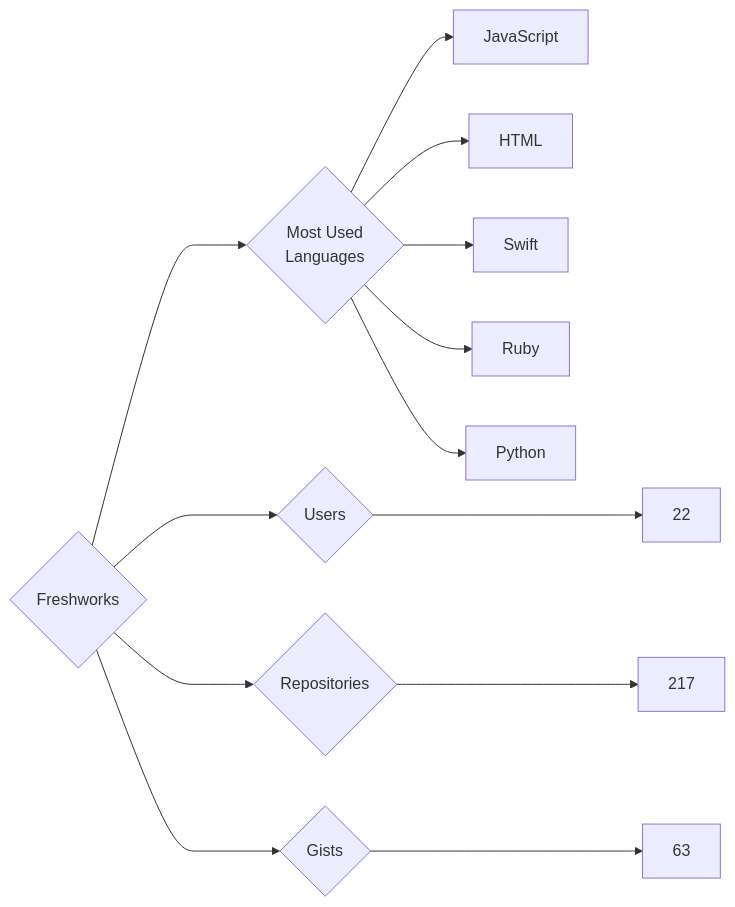
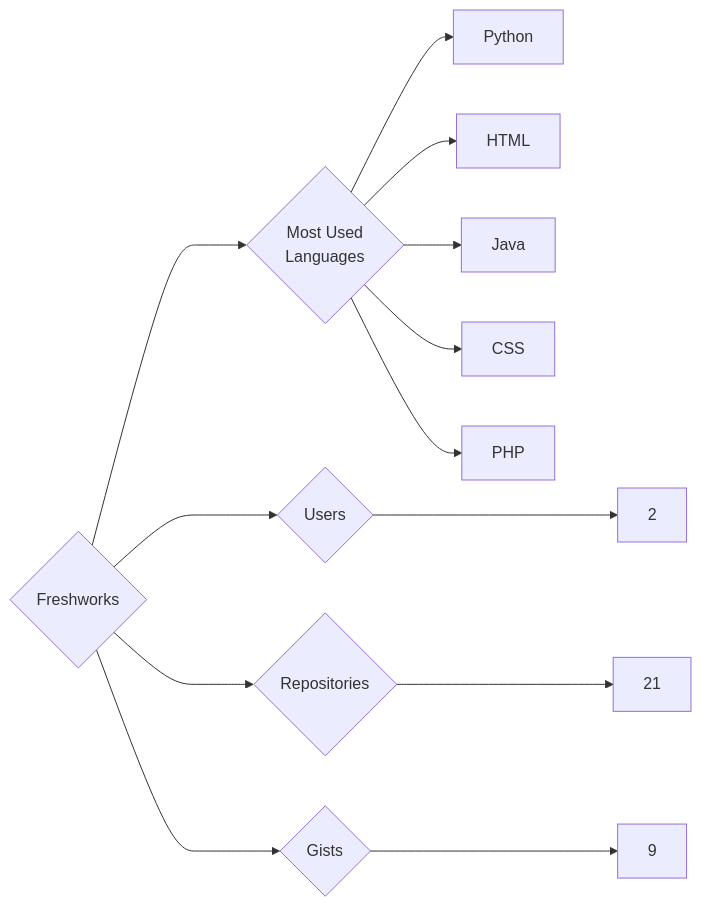
One commit to trickest/insiders changed the diagram in targets/Freshworks/README.md. Above: the diagram before and after it, drawn with Mermaid. The commit also changed 679 other files, not shown here.

````diff
--- a/targets/Freshworks/README.md
+++ b/targets/Freshworks/README.md
@@ -3,13 +3,13 @@
 ```mermaid
 graph LR
 COMPANY_NAME{Freshworks}
-COMPANY_NAME ---> U{Users} ---> UN[22]
-COMPANY_NAME ---> R{Repositories} ---> RN[217]
-COMPANY_NAME ---> G{Gists} ---> GN[63]
+COMPANY_NAME ---> U{Users} ---> UN[2]
+COMPANY_NAME ---> R{Repositories} ---> RN[21]
+COMPANY_NAME ---> G{Gists} ---> GN[9]
 COMPANY_NAME ---> ML{Most Used<br>Languages}
-ML --> JavaScript[JavaScript]
+ML --> Python[Python]
 ML --> HTML[HTML]
-ML --> Swift[Swift]
-ML --> Ruby[Ruby]
-ML --> Python[Python]
+ML --> Java[Java]
+ML --> CSS[CSS]
+ML --> PHP[PHP]
 ```
````
